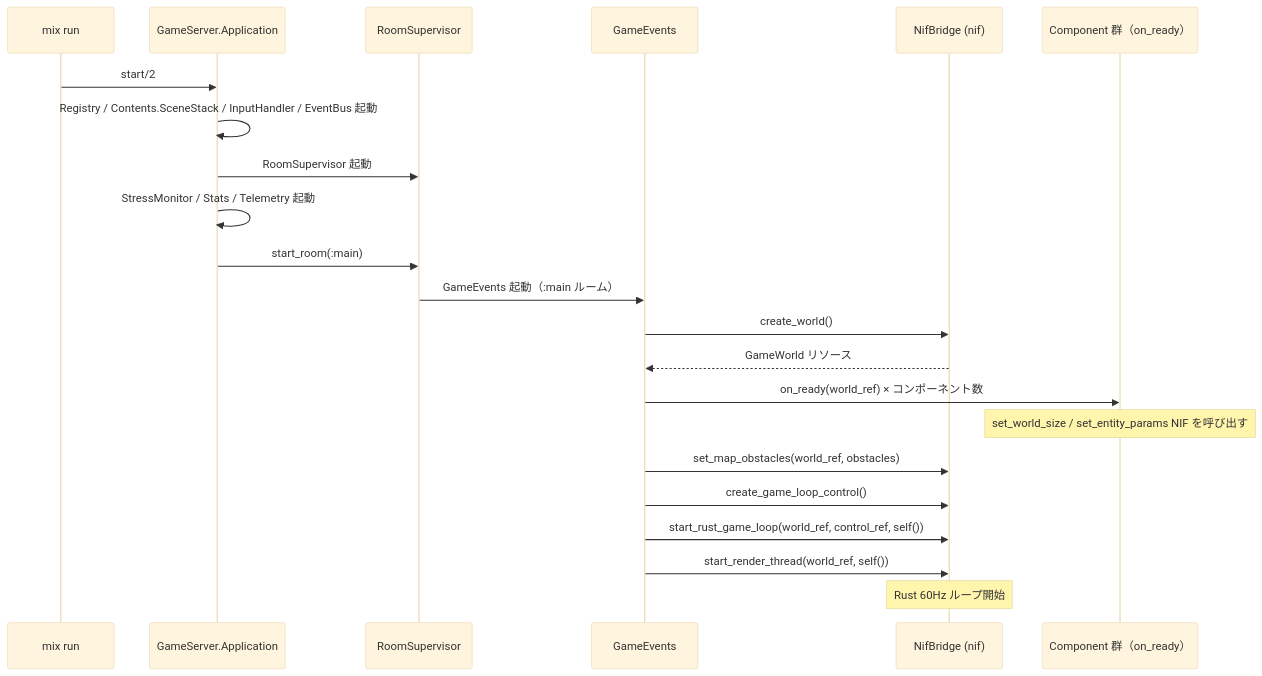
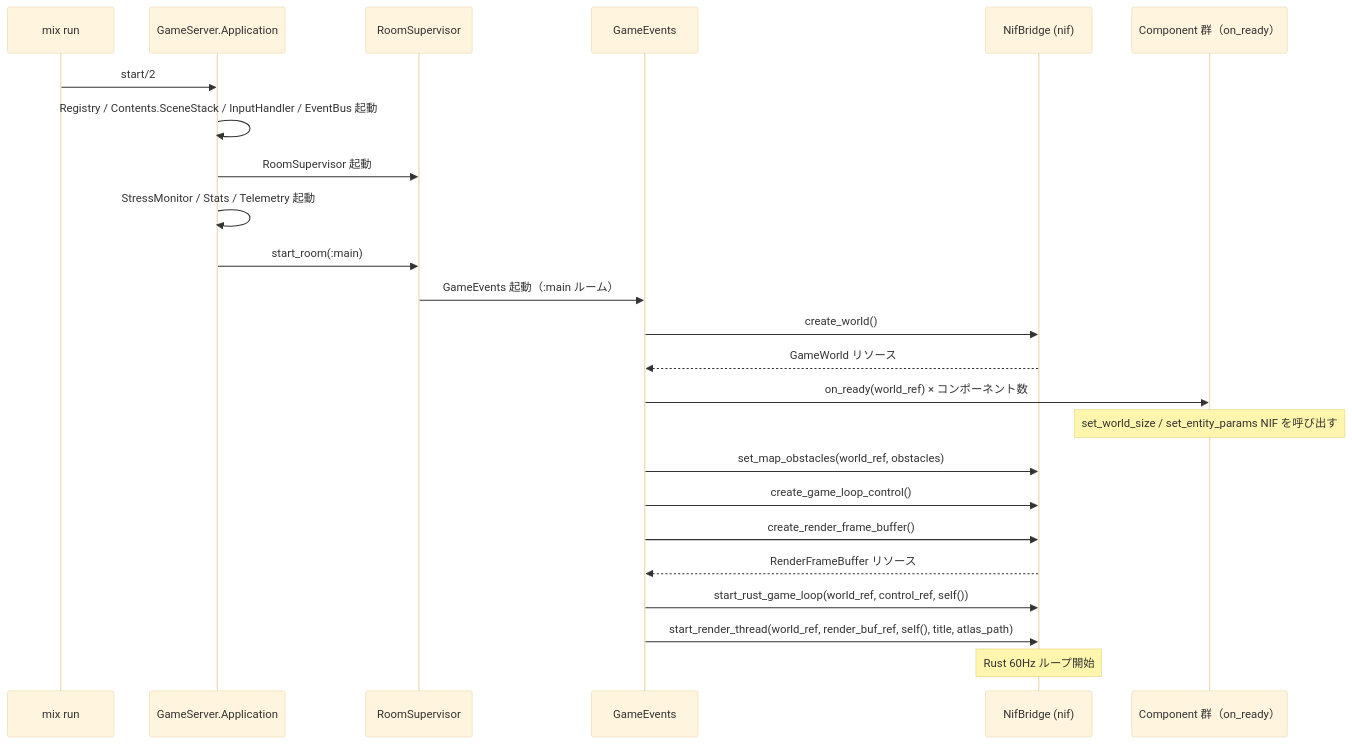
Before and after one commit to FRICK-ELDY/alchemy-engine: the fifth of 16 diagrams in docs/architecture/overview.md, drawn with Mermaid (base theme). The commit also changed other lines of this file and 6 other files, not shown here.

````diff
--- a/docs/architecture/overview.md
+++ b/docs/architecture/overview.md
@@ -252,25 +258,27 @@
 ```mermaid
 sequenceDiagram
     participant MX as mix run
     participant APP as GameServer.Application
     participant RS as RoomSupervisor
     participant GEV as GameEvents
     participant NIF as NifBridge (nif)
     participant COMP as Component 群（on_ready）
 
     MX->>APP: start/2
     APP->>APP: Registry / Contents.SceneStack / InputHandler / EventBus 起動
     APP->>RS: RoomSupervisor 起動
     APP->>APP: StressMonitor / Stats / Telemetry 起動
     APP->>RS: start_room(:main)
     RS->>GEV: GameEvents 起動（:main ルーム）
     GEV->>NIF: create_world()
     NIF-->>GEV: GameWorld リソース
     GEV->>COMP: on_ready(world_ref) × コンポーネント数
     Note over COMP: set_world_size / set_entity_params NIF を呼び出す
     GEV->>NIF: set_map_obstacles(world_ref, obstacles)
     GEV->>NIF: create_game_loop_control()
+    GEV->>NIF: create_render_frame_buffer()
+    NIF-->>GEV: RenderFrameBuffer リソース
     GEV->>NIF: start_rust_game_loop(world_ref, control_ref, self())
-    GEV->>NIF: start_render_thread(world_ref, self())
+    GEV->>NIF: start_render_thread(world_ref, render_buf_ref, self(), title, atlas_path)
     Note over NIF: Rust 60Hz ループ開始
 ```
````
